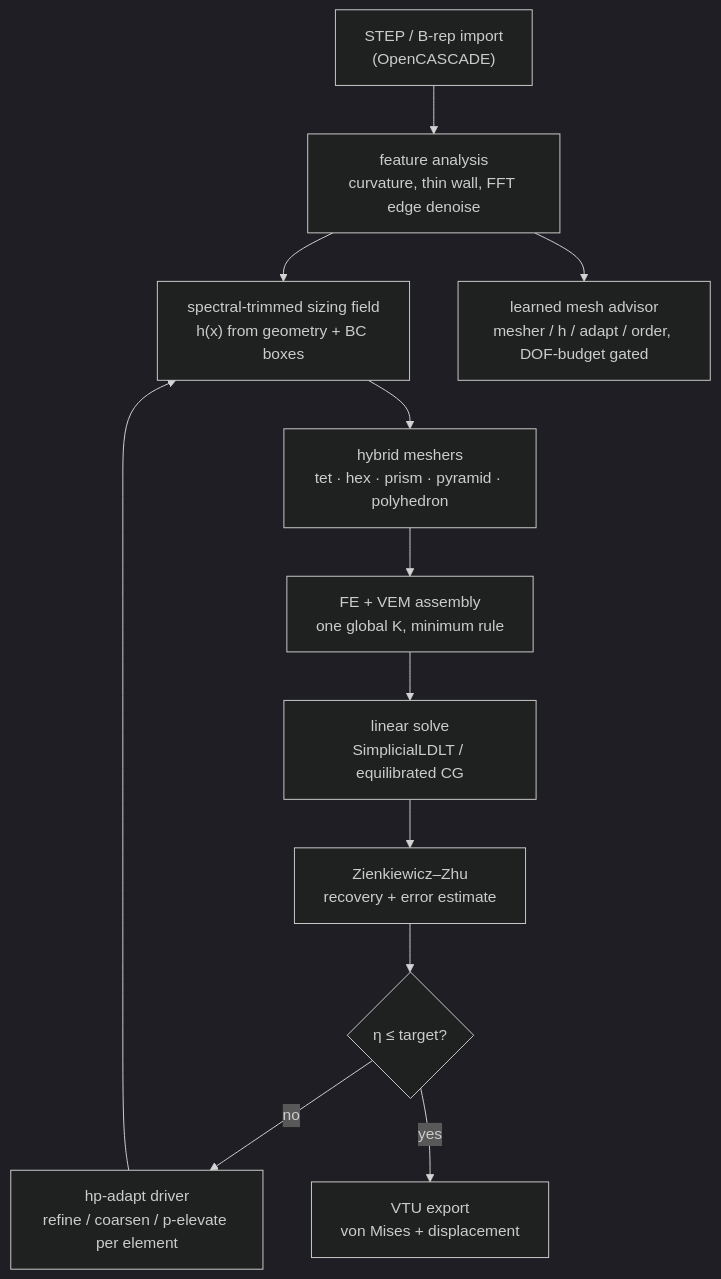
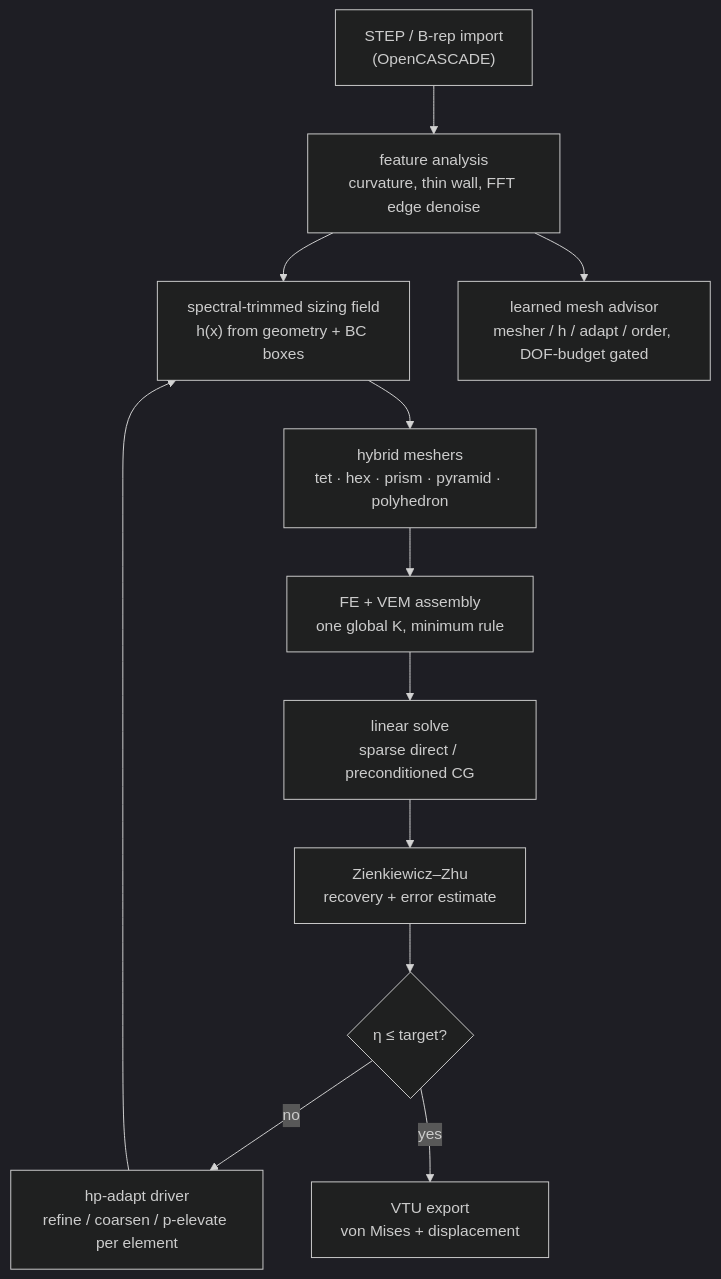
One commit to Hunter-124/Polyhedral-FEA changed the diagram in README.md. Above: the diagram before and after it, drawn with Mermaid (dark theme). The commit also changed other lines of this file and 57 other files, not shown here.

````diff
--- a/README.md
+++ b/README.md
@@ -483,14 +286,14 @@
 ```mermaid
 flowchart TD
     CAD["STEP / B-rep import<br/>(OpenCASCADE)"] --> FEAT["feature analysis<br/>curvature, thin wall, FFT edge denoise"]
     FEAT --> SIZE["spectral-trimmed sizing field<br/>h(x) from geometry + BC boxes"]
     FEAT --> ADV["learned mesh advisor<br/>mesher / h / adapt / order, DOF-budget gated"]
     SIZE --> MESH["hybrid meshers<br/>tet · hex · prism · pyramid · polyhedron"]
     MESH --> ASM["FE + VEM assembly<br/>one global K, minimum rule"]
-    ASM --> SOLVE["linear solve<br/>SimplicialLDLT / equilibrated CG"]
+    ASM --> SOLVE["linear solve<br/>sparse direct / preconditioned CG"]
     SOLVE --> ZZ["Zienkiewicz–Zhu<br/>recovery + error estimate"]
     ZZ --> ADAPT{"η ≤ target?"}
     ADAPT -- "no" --> HP["hp-adapt driver<br/>refine / coarsen / p-elevate per element"]
     HP --> SIZE
     ADAPT -- "yes" --> OUT["VTU export<br/>von Mises + displacement"]
 ```
````
